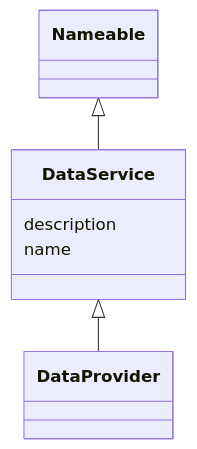
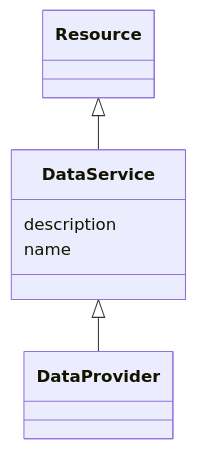
One commit to EVORA-project/evora-ontology changed the diagram in models/docs/DataService.md. Above: the diagram before and after it, drawn with Mermaid. The commit also changed other lines of this file and 462 other files, not shown here.

````diff
--- a/models/docs/DataService.md
+++ b/models/docs/DataService.md
@@ -21,18 +21,18 @@
 ```mermaid
  classDiagram
     class DataService
     click DataService href "../DataService"
-      Nameable <|-- DataService
-        click Nameable href "../Nameable"
+      Resource <|-- DataService
+        click Resource href "../Resource"
       
 
       DataService <|-- DataProvider
         click DataProvider href "../DataProvider"
       
       
       DataService : description
         
       DataService : name
         
       
 ```
````
